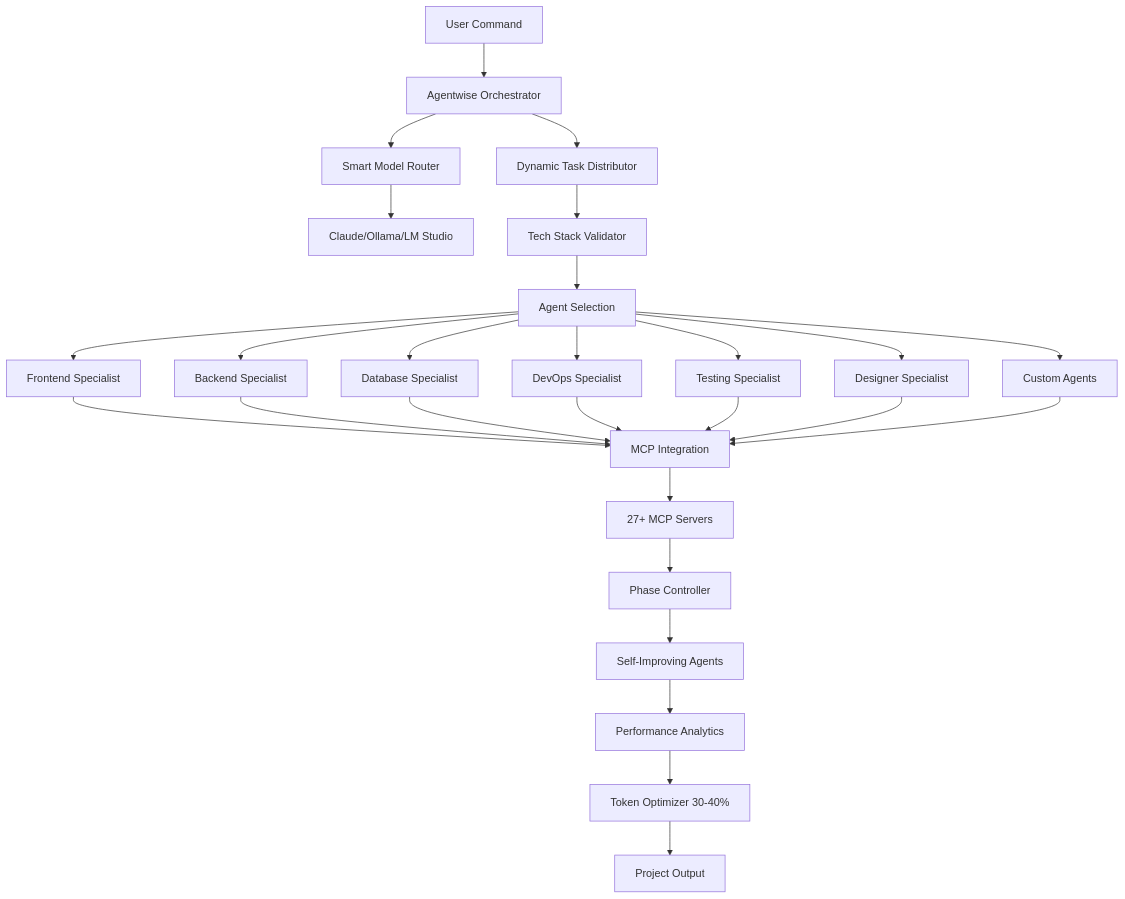
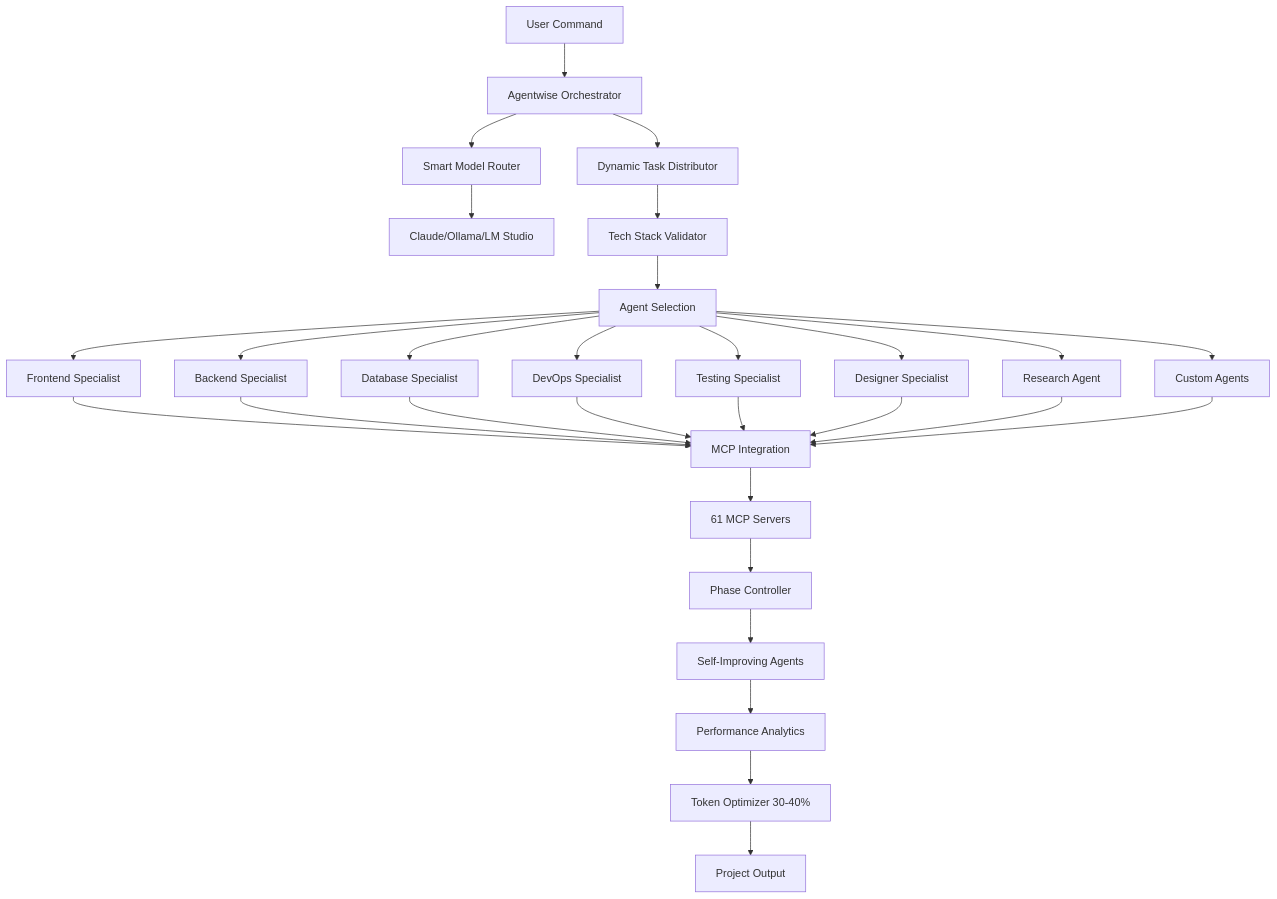
One commit to VibeCodingWithPhil/agentwise changed the diagram in README.md. Above: the diagram before and after it, drawn with Mermaid. The commit also changed other lines of this file and 14 other files, not shown here.

````diff
--- a/README.md
+++ b/README.md
@@ -458,29 +517,31 @@
 ```mermaid
 graph TD
     A[User Command] --> B[Agentwise Orchestrator]
     B --> C[Smart Model Router]
     C --> D[Claude/Ollama/LM Studio]
     B --> E[Dynamic Task Distributor]
     E --> F[Tech Stack Validator]
     F --> G[Agent Selection]
     G --> H1[Frontend Specialist]
     G --> H2[Backend Specialist]
     G --> H3[Database Specialist]
     G --> H4[DevOps Specialist]
     G --> H5[Testing Specialist]
     G --> H6[Designer Specialist]
-    G --> H7[Custom Agents]
+    G --> H7[Research Agent]
+    G --> H8[Custom Agents]
     H1 --> I[MCP Integration]
     H2 --> I
     H3 --> I
     H4 --> I
     H5 --> I
     H6 --> I
     H7 --> I
-    I --> J[27+ MCP Servers]
+    H8 --> I
+    I --> J[61 MCP Servers]
     J --> K[Phase Controller]
     K --> L[Self-Improving Agents]
     L --> M[Performance Analytics]
     M --> N[Token Optimizer 30-40%]
     N --> O[Project Output]
 ```
````
